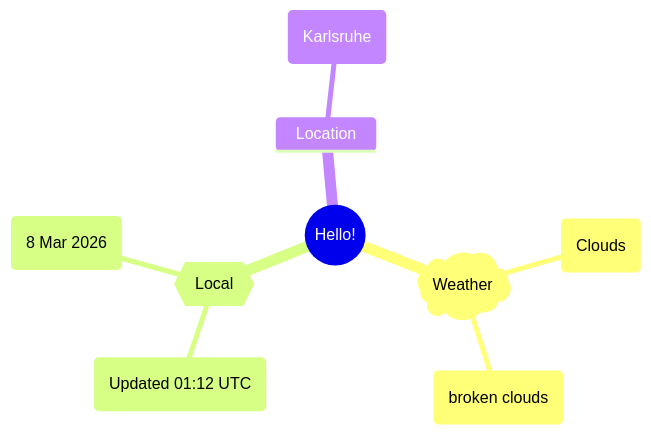
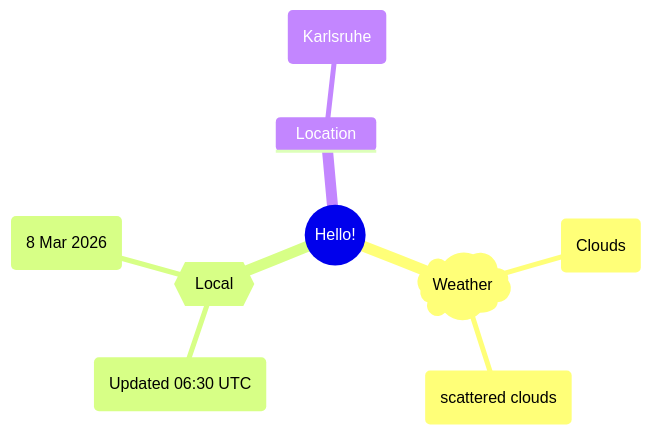
The first of 2 diagrams in README.md (Xosrov/Xosrov), drawn with Mermaid before and after one commit.

Commit message:
[bot] updated images

````diff
--- a/README.md
+++ b/README.md
@@ -3,12 +3,12 @@
 ```mermaid
 mindmap
   root((Hello!))
     )Weather(
         (Clouds)
-        (broken clouds)
+        (scattered clouds)
     {{Local}}
-        (Updated 01:12 UTC)
+        (Updated 06:30 UTC)
         (8 Mar 2026)
     Location
         (Karlsruhe)
 ```
````
